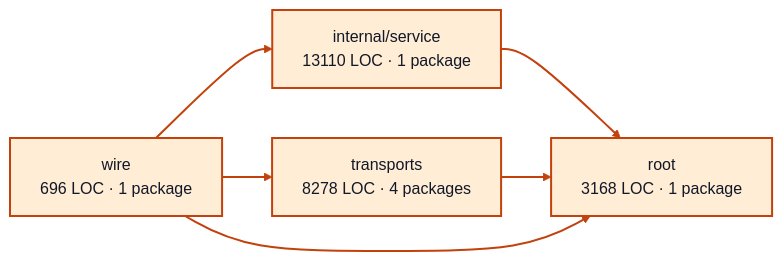
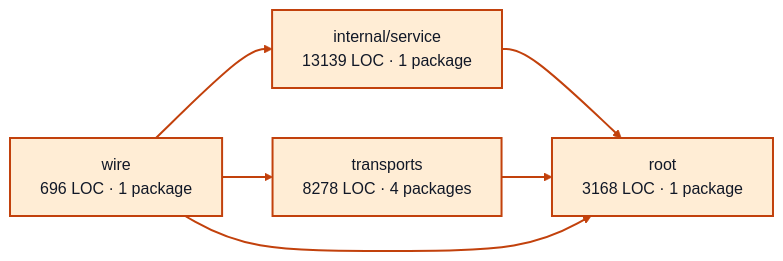
The diagram in docs/architecture/visualizations/services/worker_sessions.md (portpowered/you-agent-factory), drawn with Mermaid (neutral theme) before and after one commit. The commit also changed other lines of this file and 20 other files, not shown here.

Commit message:
docs: refresh backend architecture visualizations

````diff
--- a/docs/architecture/visualizations/services/worker_sessions.md
+++ b/docs/architecture/visualizations/services/worker_sessions.md
@@ -11,17 +11,17 @@
 ```mermaid
 flowchart LR
-  p0["internal/service<br/>13110 LOC · 1 package"]
+  p0["internal/service<br/>13139 LOC · 1 package"]
   p1["root<br/>3168 LOC · 1 package"]
   p2["transports<br/>8278 LOC · 4 packages"]
   p3["wire<br/>696 LOC · 1 package"]
   p0 --> p1
   p2 --> p1
   p3 --> p0
   p3 --> p1
   p3 --> p2
   style p0 fill:#ffedd5,stroke:#c2410c,stroke-width:2px,color:#111827
   style p1 fill:#ffedd5,stroke:#c2410c,stroke-width:2px,color:#111827
   style p2 fill:#ffedd5,stroke:#c2410c,stroke-width:2px,color:#111827
   style p3 fill:#ffedd5,stroke:#c2410c,stroke-width:2px,color:#111827
   linkStyle default stroke:#c2410c,stroke-width:2px
 ```
````
